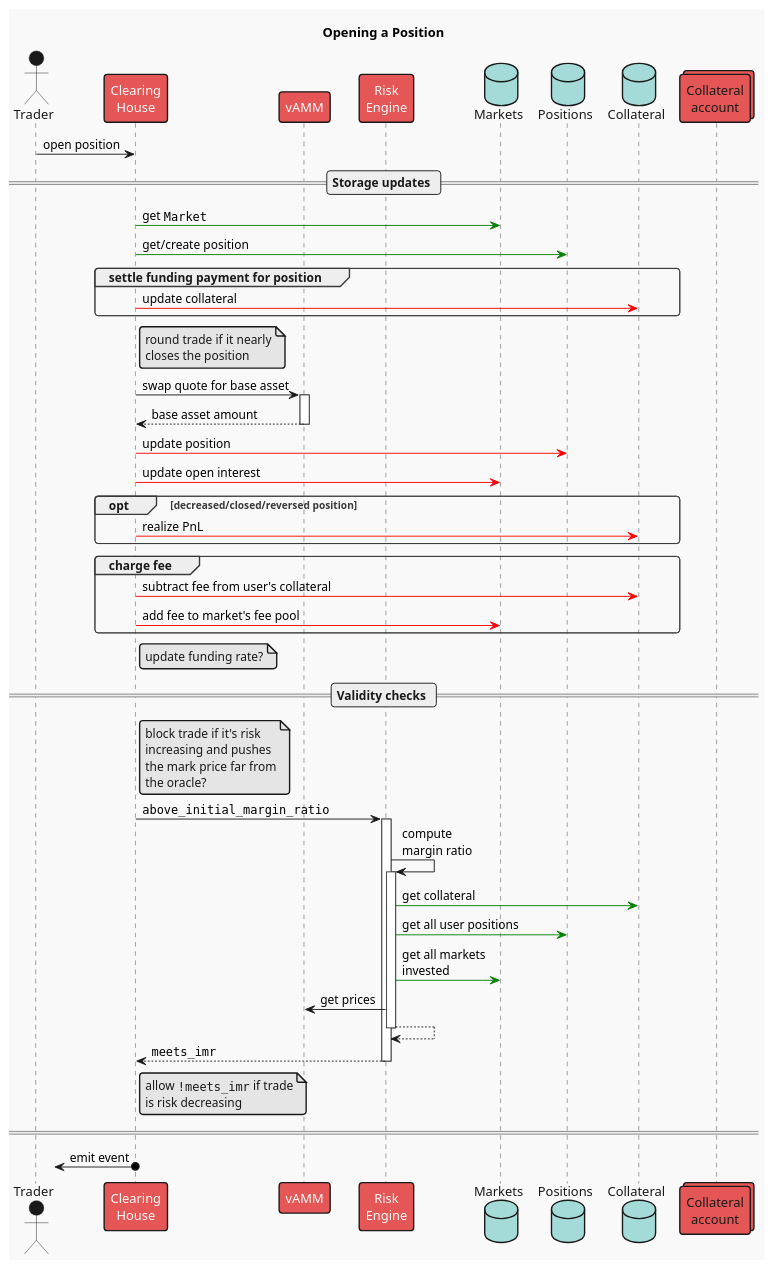
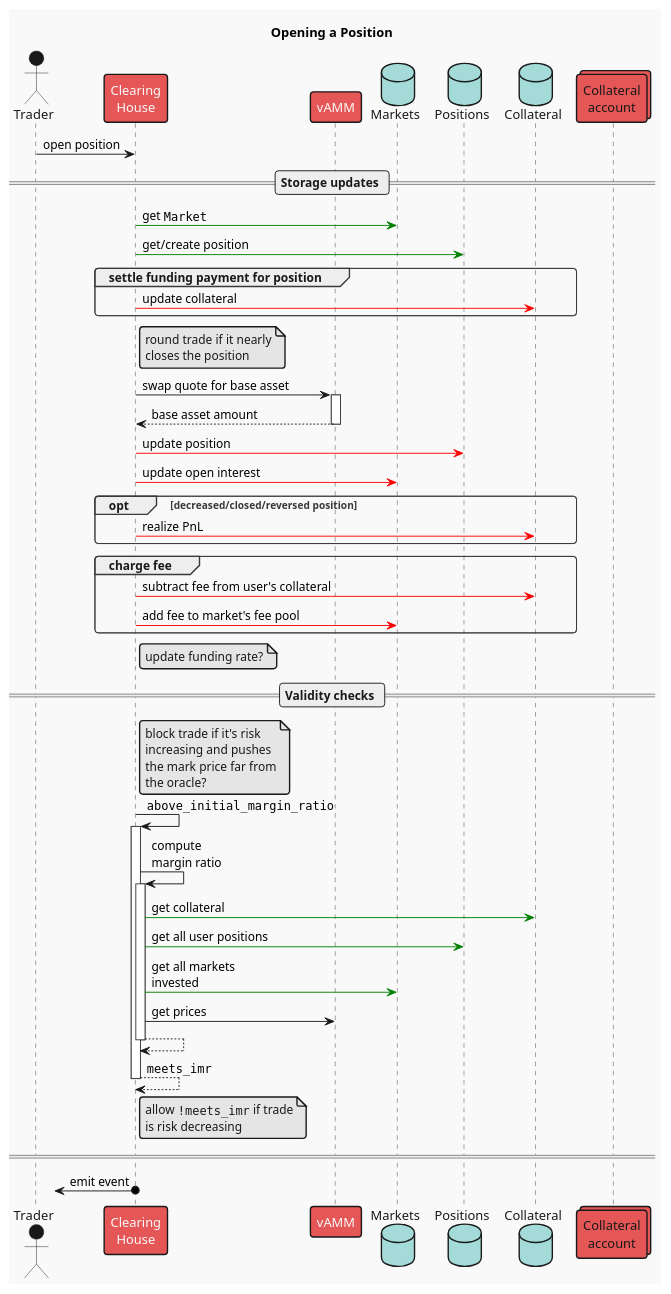
Before and after one commit to escher-exchange/escher: the diagram in clearing-house/diagrams/open-position.plantuml, drawn with PlantUML. The commit also changed 2 other files, not shown here.

Commit message:
docs(CH): remove nonexistent traits from diagrams

```diff
--- a/clearing-house/diagrams/open-position.plantuml
+++ b/clearing-house/diagrams/open-position.plantuml
@@ -1,78 +1,77 @@
 @startuml open_position
 !theme mars
 skinparam responseMessageBelowArrow true
 
 title Opening a Position
 
 actor "Trader" as user
 participant "Clearing\nHouse" as ch
 participant "vAMM" as vamm
-participant "Risk\nEngine" as risk
 database "Markets" as mkts
 database "Positions" as positions
 database "Collateral" as accs
 collections "Collateral\naccount" as vault
 
 user -> ch : open position
 
 == Storage updates ==
 
 ch -[#green]> mkts : get ""Market""
 ch -[#green]> positions : get/create position
 
 group settle funding payment for position
 ch -[#red]> accs : update collateral
 end
 
 note right ch
 round trade if it nearly
 closes the position
 end note
 ch -> vamm ++ : swap quote for base asset
 return base asset amount
 
 ch -[#red]> positions : update position
 ch -[#red]> mkts : update open interest
 
 
 opt decreased/closed/reversed position
 ch -[#red]> accs : realize PnL
 end
 
 group charge fee
 ch -[#red]> accs : subtract fee from user's collateral
 ch -[#red]> mkts : add fee to market's fee pool
 end
 
 note right ch
 update funding rate?
 end note
 
 == Validity checks ==
 
 note right ch
 block trade if it's risk
 increasing and pushes
 the mark price far from
 the oracle?
 end note
 
 'RiskEngine
-ch -> risk ++: ""above_initial_margin_ratio""
-    risk -> risk ++: compute\nmargin ratio
-        risk -[#green]> accs : get collateral
-        risk -[#green]> positions : get all user positions
-        risk -[#green]> mkts : get all markets\ninvested
-        risk -> vamm : get prices
+ch -> ch ++: ""above_initial_margin_ratio""
+    ch -> ch ++: compute\nmargin ratio
+        ch -[#green]> accs : get collateral
+        ch -[#green]> positions : get all user positions
+        ch -[#green]> mkts : get all markets\ninvested
+        ch -> vamm : get prices
     return
 return ""meets_imr""
 
 note right ch
 allow ""!meets_imr"" if trade
 is risk decreasing
 end note
 
 ====
 
 ?<-o ch : emit event
 @enduml
```
